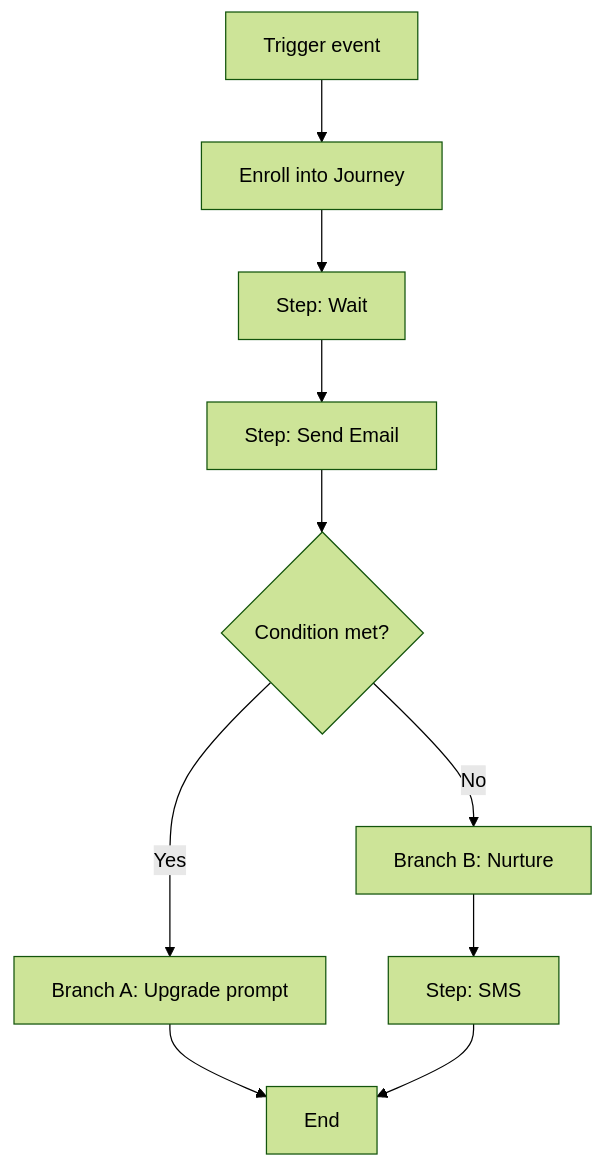
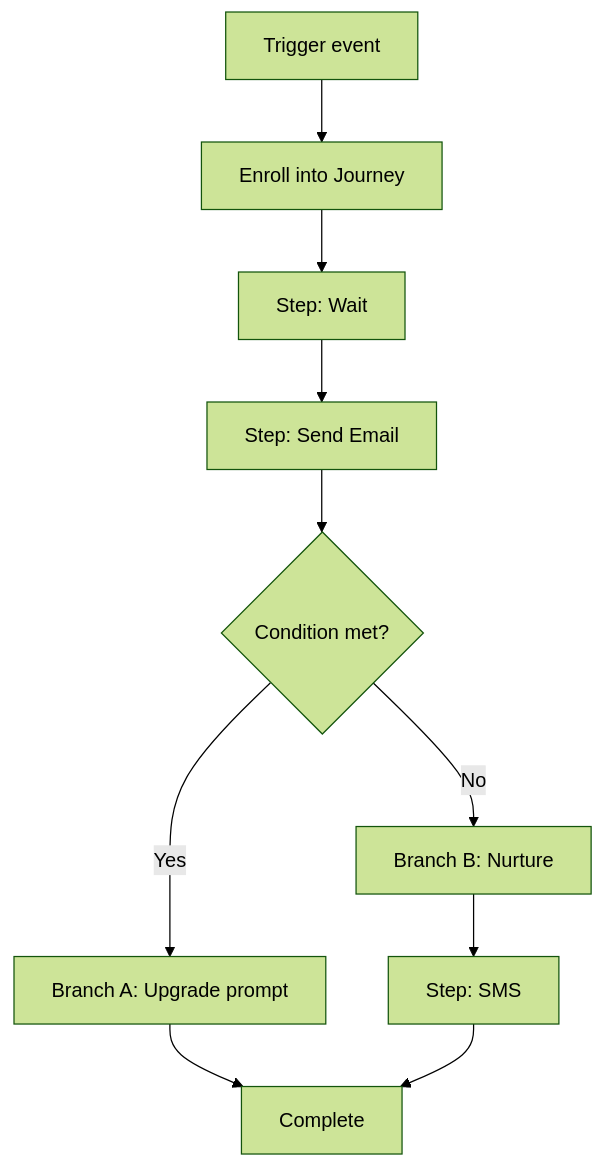
One commit to tcodes27/b.marc-wellness-hub changed the eighth of 11 diagrams in README.md. Above: the diagram before and after it, drawn with Mermaid (forest theme).

````diff
--- a/README.md
+++ b/README.md
@@ -799,12 +799,12 @@
 ```mermaid
 flowchart TB
   Trigger[Trigger event] --> Enroll[Enroll into Journey]
   Enroll --> Step1[Step: Wait]
   Step1 --> Step2[Step: Send Email]
   Step2 --> Cond{Condition met?}
   Cond -->|Yes| Path1[Branch A: Upgrade prompt]
   Cond -->|No| Path2[Branch B: Nurture]
-  Path1 --> End
+  Path1 --> Done[Complete]
   Path2 --> Step3[Step: SMS]
-  Step3 --> End
+  Step3 --> Done
 ```
````
